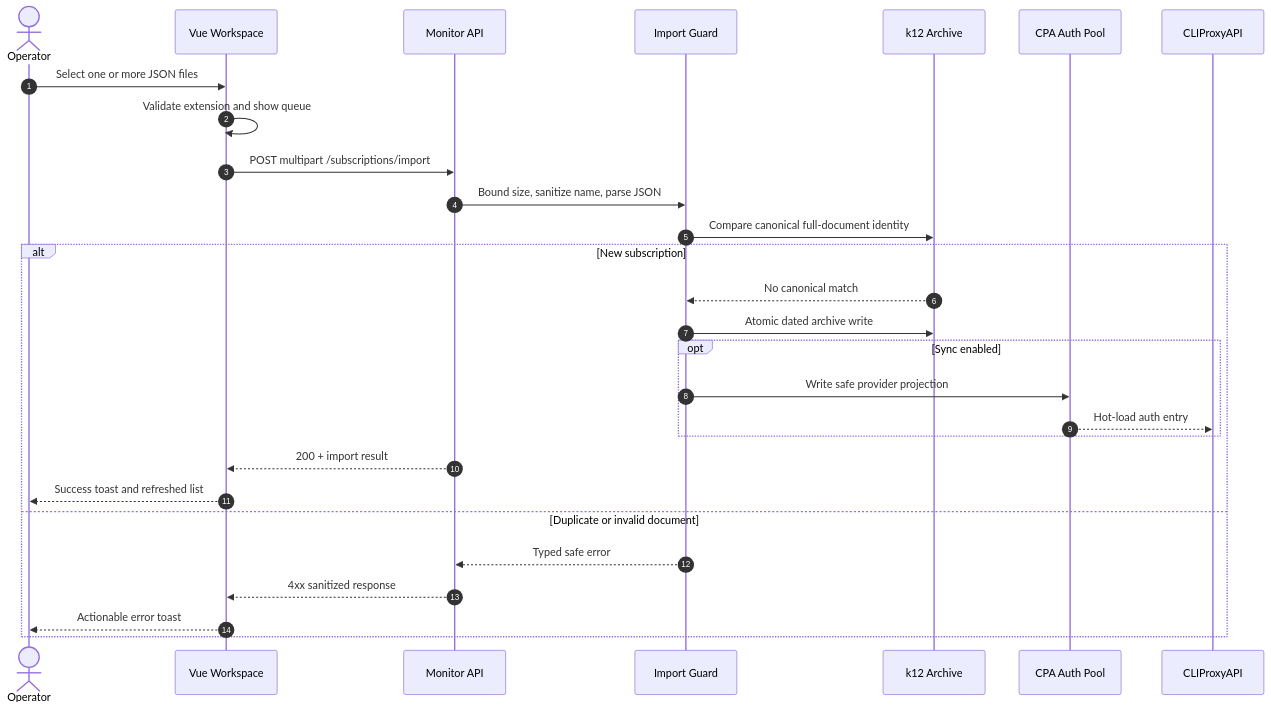
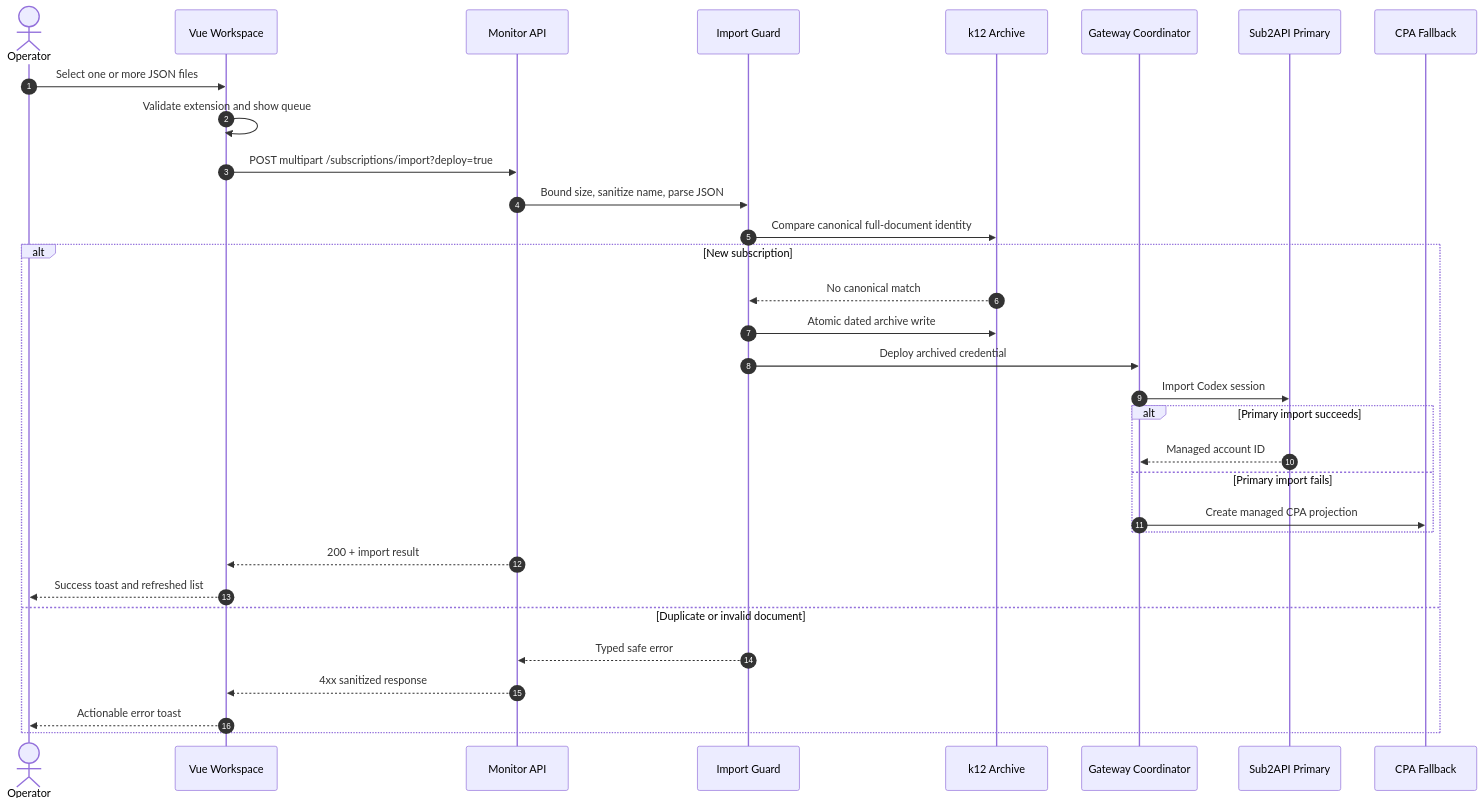
The second of 3 diagrams in docs/architecture/README.md (2921323707/CPA_Orbit), drawn with Mermaid before and after one commit. The commit also changed other lines of this file and 33 other files, not shown here.

Commit message:
docs: define Sub2API primary and CPA fallback operations

````diff
--- a/docs/architecture/README.md
+++ b/docs/architecture/README.md
@@ -72,31 +81,35 @@
 ```mermaid
 sequenceDiagram
   autonumber
   actor Operator
   participant UI as Vue Workspace
   participant API as Monitor API
   participant Guard as Import Guard
   participant Archive as k12 Archive
-  participant Pool as CPA Auth Pool
-  participant CPA as CLIProxyAPI
+	participant Coordinator as Gateway Coordinator
+	participant Primary as Sub2API Primary
+	participant Fallback as CPA Fallback
 
   Operator->>UI: Select one or more JSON files
   UI->>UI: Validate extension and show queue
-  UI->>API: POST multipart /subscriptions/import
+	UI->>API: POST multipart /subscriptions/import?deploy=true
   API->>Guard: Bound size, sanitize name, parse JSON
   Guard->>Archive: Compare canonical full-document identity
   alt New subscription
     Archive-->>Guard: No canonical match
     Guard->>Archive: Atomic dated archive write
-    opt Sync enabled
-      Guard->>Pool: Write safe provider projection
-      Pool-->>CPA: Hot-load auth entry
-    end
+		Guard->>Coordinator: Deploy archived credential
+		Coordinator->>Primary: Import Codex session
+		alt Primary import succeeds
+			Primary-->>Coordinator: Managed account ID
+		else Primary import fails
+			Coordinator->>Fallback: Create managed CPA projection
+		end
     API-->>UI: 200 + import result
     UI-->>Operator: Success toast and refreshed list
   else Duplicate or invalid document
     Guard-->>API: Typed safe error
     API-->>UI: 4xx sanitized response
     UI-->>Operator: Actionable error toast
   end
 ```
````
